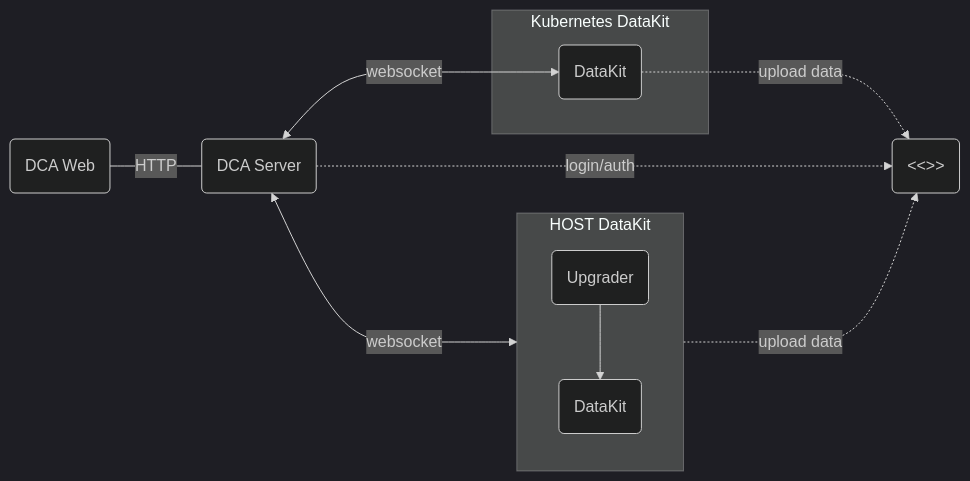
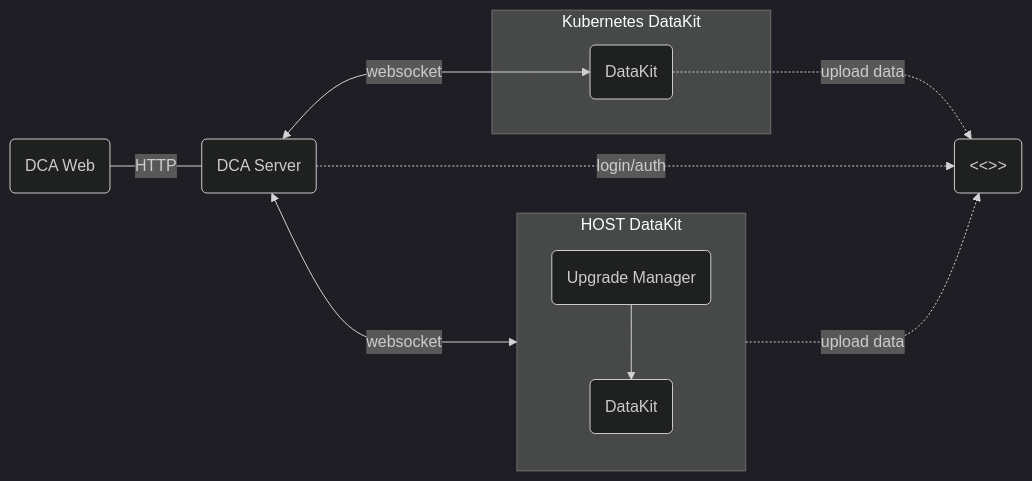
One commit to GuanceCloud/datakit changed the diagram in internal/export/doc/en/dca.md. Above: the diagram before and after it, drawn with Mermaid (dark theme). The commit also changed 21 other files, not shown here.

````diff
--- a/internal/export/doc/en/dca.md
+++ b/internal/export/doc/en/dca.md
@@ -16,30 +16,30 @@
 ```mermaid
 flowchart LR;
 
 dca_server(DCA Server);
 dca_web(DCA Web);
-dk_upgrader1(Upgrader);
+dk_upgrader1("Upgrade Manager");
 
 dk1(DataKit);
 
 k8s_dk1(DataKit);
 
 brand_name("<<<custom_key.brand_name>>>");
 
 subgraph HOST DataKit
     direction TB;
     dk_upgrader1 --> dk1;         
 end
 
 subgraph "Kubernetes DataKit"
  k8s_dk1
 end
     
 dk1 -..-> |upload data|brand_name;
 k8s_dk1 -..-> |upload data|brand_name;
 
 dca_server <---> |websocket| dk_upgrader1 & k8s_dk1
 dca_web -- HTTP --- dca_server;
 
 dca_server -.-> |login/auth| brand_name;
 ```
````
